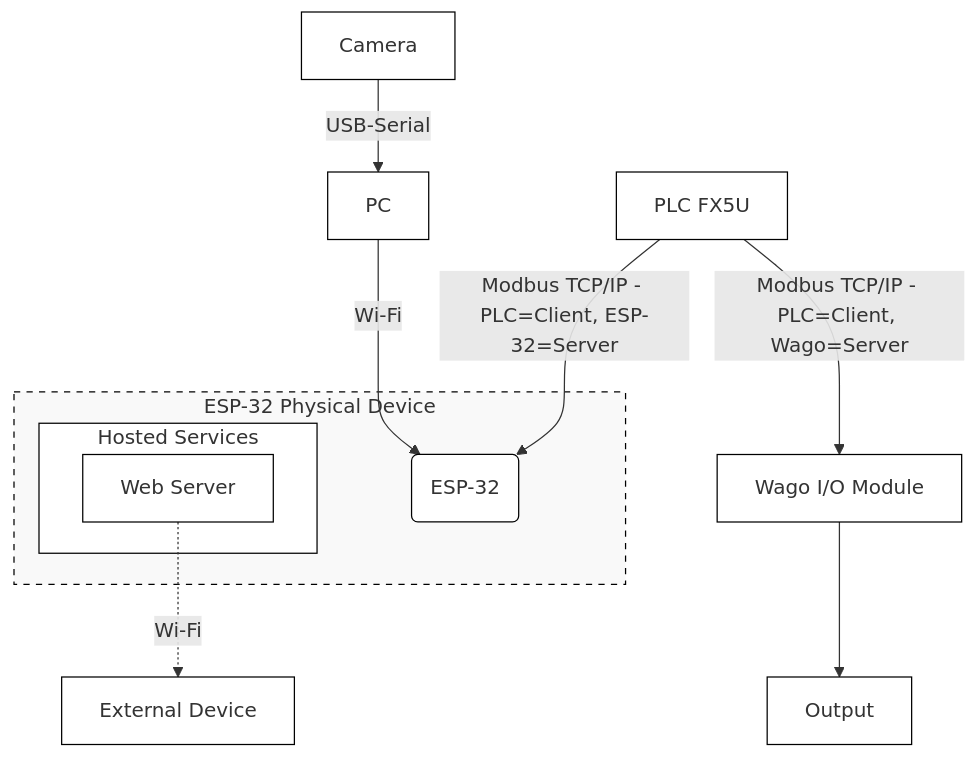
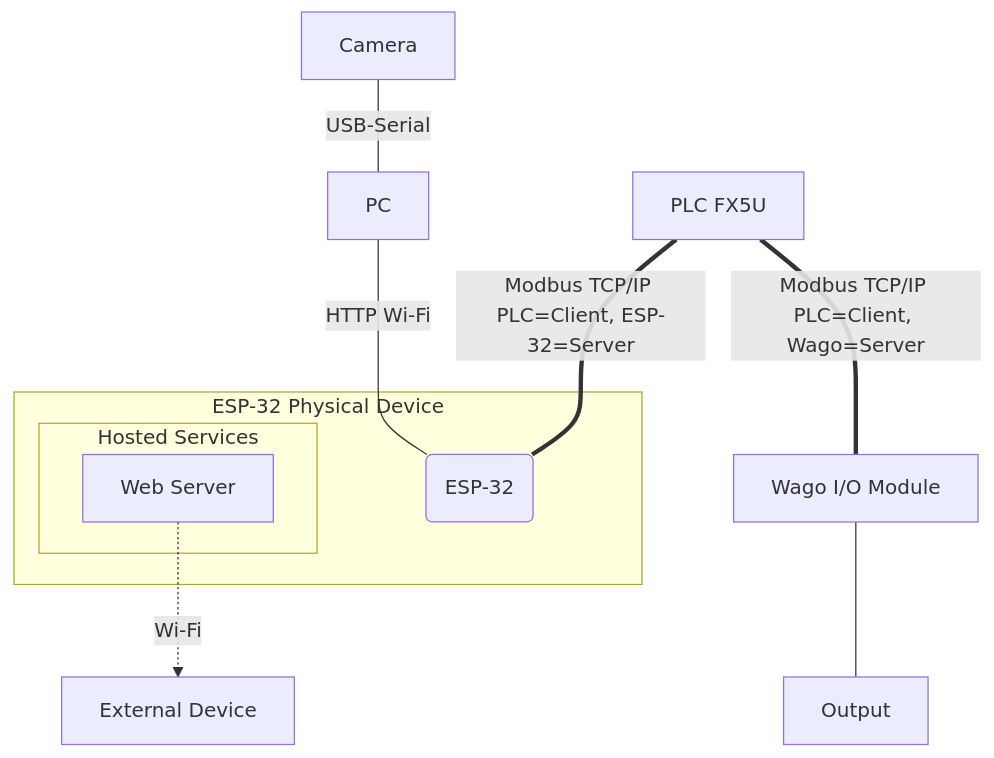
The diagram in README.md (MorisSintong/PBL-MK2025055SB001-ESP32-ModbusTCP), drawn with Mermaid before and after one commit.

Commit message:
fixed memrmaid styling.

````diff
--- a/README.md
+++ b/README.md
@@ -31,47 +31,25 @@
 ```mermaid
 graph TD
-    %% Define main physical hardware blocks with clean styling
     Camera[Camera]
     PC[PC]
     PLC[PLC FX5U]
     Wago[Wago I/O Module]
     ExternalDevice[External Device]
     Output[Output]
 
-    %% Corrected: Nesting logical components within physical hardware
     subgraph ESP32Container [ESP-32 Physical Device]
         ESP32Core(ESP-32)
         subgraph HostedServices [Hosted Services]
             WebServer[Web Server]
         end
     end
 
-    %% External Interface Connections
-    Camera -->|USB-Serial| PC
-    PC -->|Wi-Fi| ESP32Core
-    Wago --> Output
+    Camera ---|USB-Serial| PC
+    PC ---|HTTP Wi-Fi| ESP32Core
+    Wago --- Output
 
-    %% Corrected: Modbus (Explicit Client/Server roles to remove ambiguity)
-    %% Assuming a common architecture: PLC is Client, others are Servers.
-    %% Arrows point from Client to Server.
-    PLC -->|Modbus TCP/IP - PLC=Client, ESP-32=Server| ESP32Core
-    PLC -->|Modbus TCP/IP - PLC=Client, Wago=Server| Wago
+    PLC ===|Modbus TCP/IP PLC=Client, ESP-32=Server| ESP32Core
+    PLC ===|Modbus TCP/IP PLC=Client, Wago=Server| Wago
 
-    %% Corrected: Network-based external communication path
-    %% Shows connection from the *hosted web server* over Wi-Fi
     WebServer -.->|Wi-Fi| ExternalDevice
-
-    %% Styles for clean, consistent block diagram appearance
-    style Camera fill:#fff,stroke:#000,stroke-width:1px
-    style PC fill:#fff,stroke:#000,stroke-width:1px
-    style PLC fill:#fff,stroke:#000,stroke-width:1px
-    style Wago fill:#fff,stroke:#000,stroke-width:1px
-    style ExternalDevice fill:#fff,stroke:#000,stroke-width:1px
-    style Output fill:#fff,stroke:#000,stroke-width:1px
-    style ESP32Core fill:#fff,stroke:#000,stroke-width:1px
-    style WebServer fill:#fff,stroke:#000,stroke-width:1px
-    
-    %% Specific styles for containers
-    style ESP32Container fill:#f9f9f9,stroke:#000,stroke-width:1px,stroke-dasharray: 5 5
-    style HostedServices fill:#fff,stroke:#000,stroke-width:1px
 ```
````
